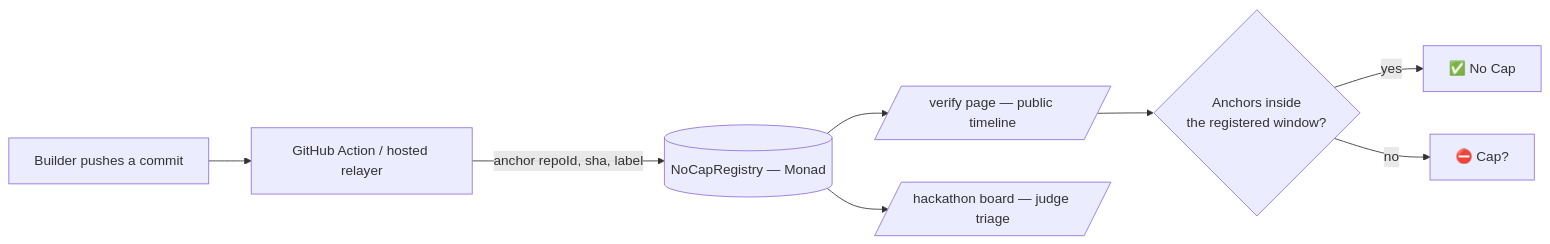
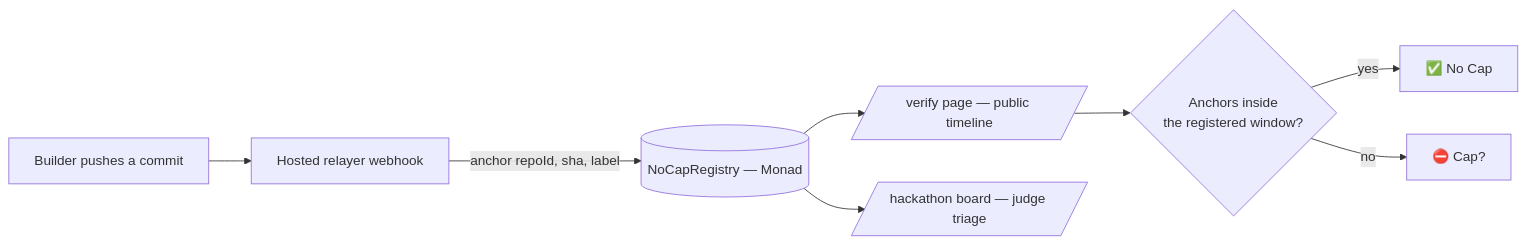
One commit to Dami904/No-Cap changed the diagram in README.md. Above: the diagram before and after it, drawn with Mermaid. The commit also changed other lines of this file and 7 other files, not shown here.

First line of the commit message:
Make hosted relayer the only registration path

````diff
--- a/README.md
+++ b/README.md
@@ -35,10 +36,10 @@
 ```mermaid
 flowchart LR
-    A[Builder pushes a commit] --> B[GitHub Action / hosted relayer]
+    A[Builder pushes a commit] --> B[Hosted relayer webhook]
     B -->|anchor repoId, sha, label| C[(NoCapRegistry — Monad)]
     C --> D[/verify page — public timeline/]
     C --> E[/hackathon board — judge triage/]
     D --> F{Anchors inside<br/>the registered window?}
     F -->|yes| G[✅ No Cap]
     F -->|no| H[⛔ Cap?]
 ```
````
